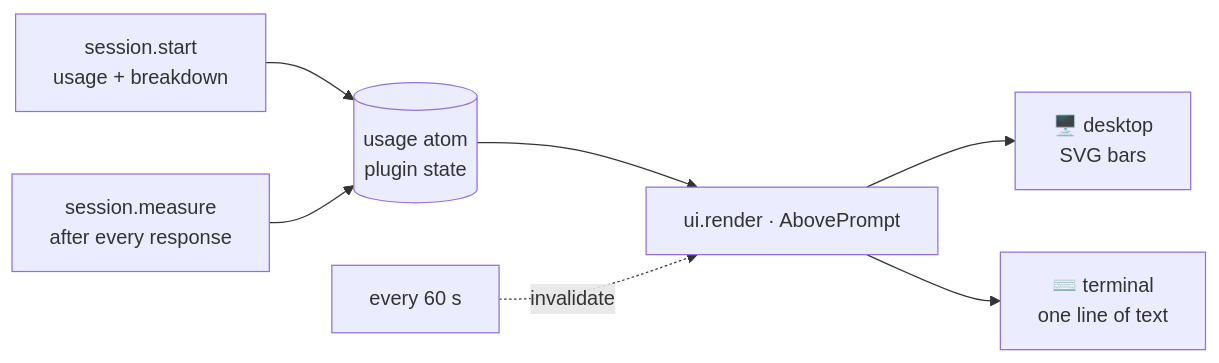
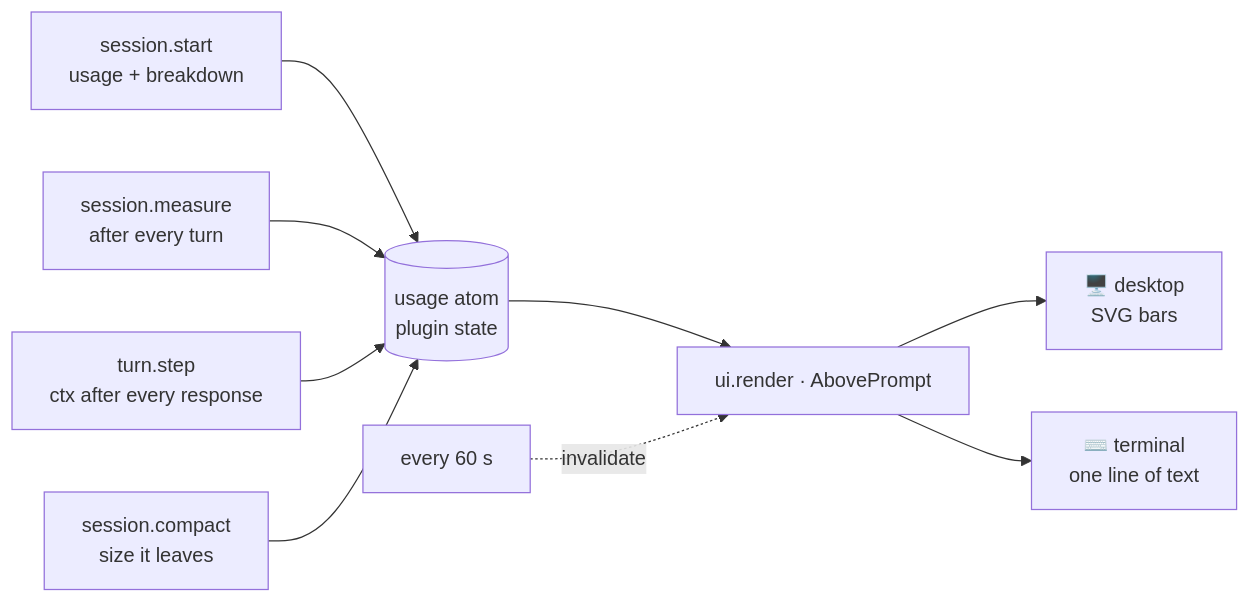
One commit to zexion7873/usage-band changed the diagram in README.md. Above: the diagram before and after it, drawn with Mermaid. The commit also changed 3 other files, not shown here.

First line of the commit message:
fix: keep ctx current inside a turn and after a compaction

````diff
--- a/README.md
+++ b/README.md
@@ -107,17 +107,21 @@
 ```mermaid
 flowchart LR
     Start["session.start<br/>usage + breakdown"]
-    Measure["session.measure<br/>after every response"]
+    Measure["session.measure<br/>after every turn"]
+    Step["turn.step<br/>ctx after every response"]
+    Compact["session.compact<br/>size it leaves"]
     State[("usage atom<br/>plugin state")]
     Render["ui.render · AbovePrompt"]
     Desk["🖥️ desktop<br/>SVG bars"]
     Term["⌨️ terminal<br/>one line of text"]
     Clock["every 60 s"]
 
     Start --> State
     Measure --> State
+    Step --> State
+    Compact --> State
     State --> Render
     Render --> Desk
     Render --> Term
     Clock -.->|"invalidate"| Render
 ```
````
